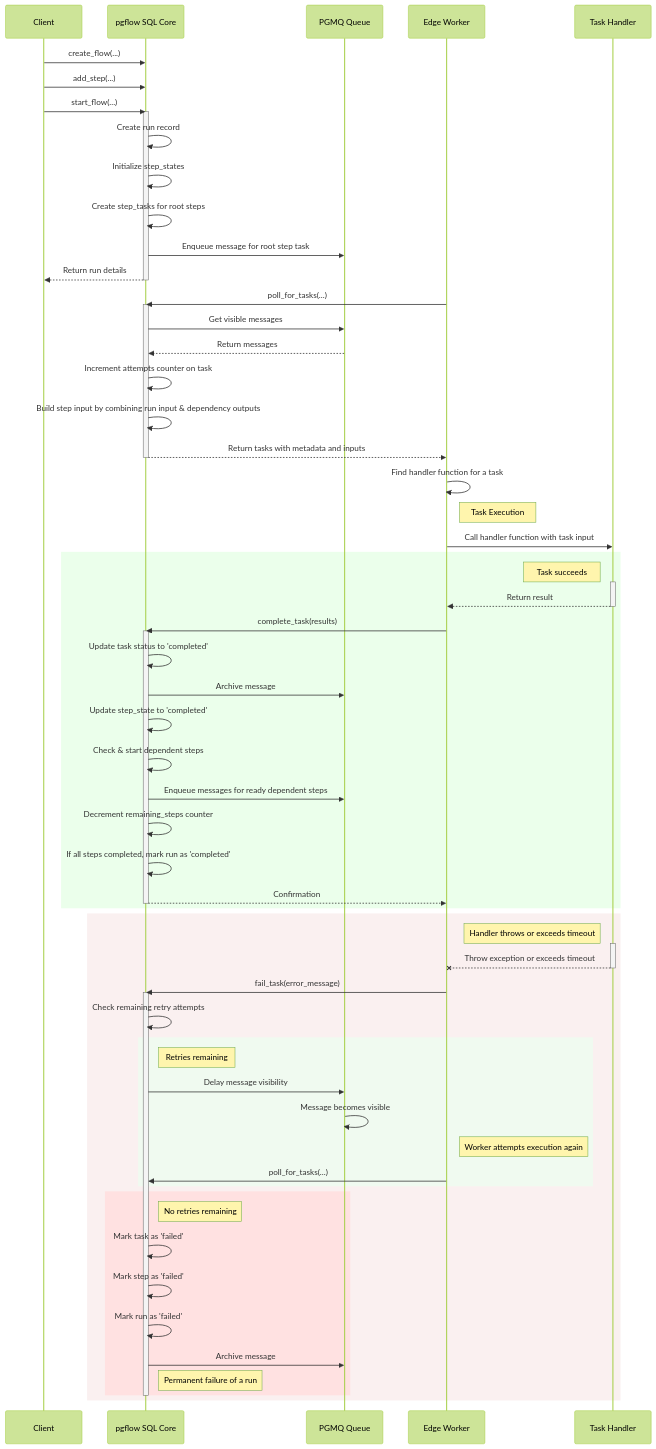
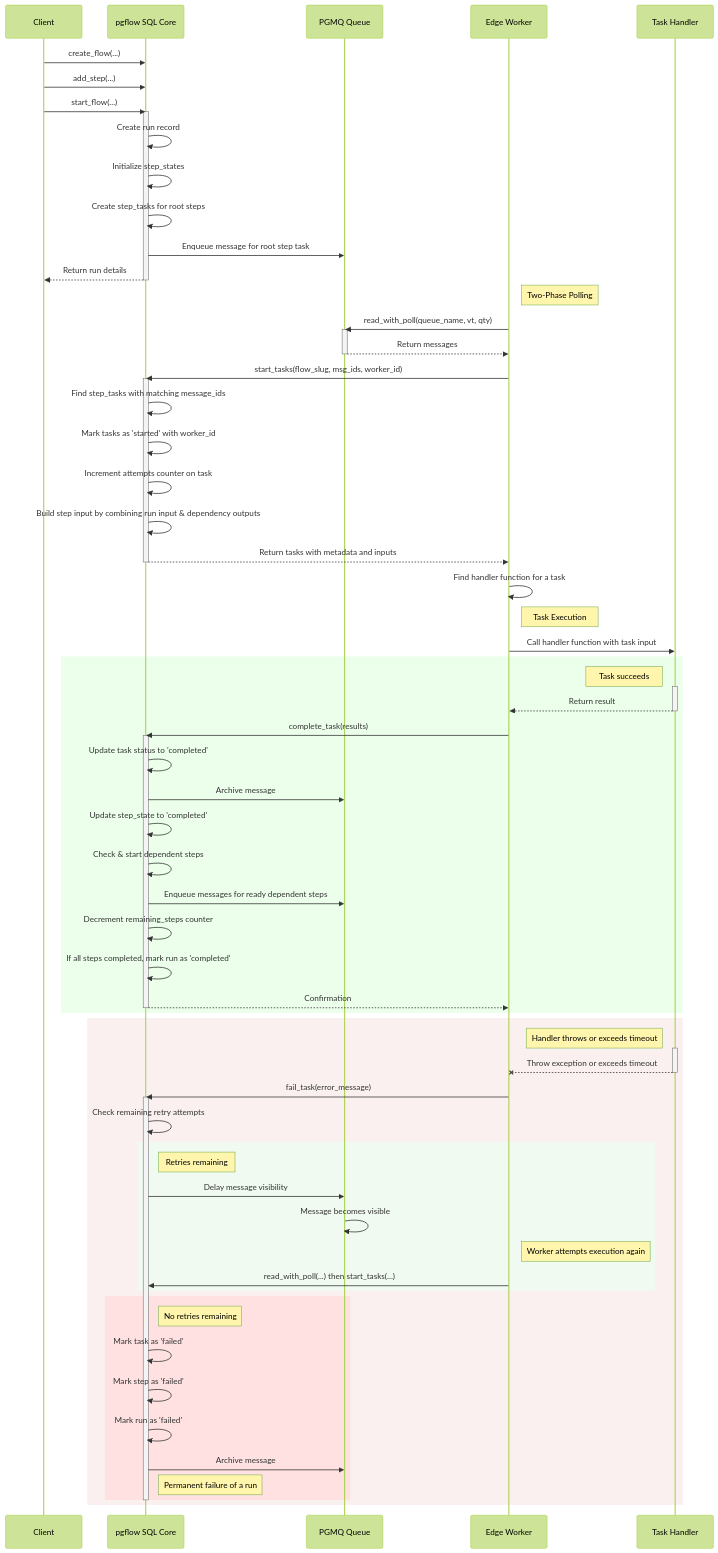
The diagram in pkgs/core/assets/flow-lifecycle.mermaid (pgflow-dev/pgflow), drawn with Mermaid (forest theme) before and after one commit. The commit also changed 10 other files, not shown here.

First line of the commit message:
docs: remove poll_for_tasks from pkgs/core

```diff
--- a/pkgs/core/assets/flow-lifecycle.mermaid
+++ b/pkgs/core/assets/flow-lifecycle.mermaid
@@ -1,83 +1,89 @@
 sequenceDiagram
     participant Client
     participant pgflow as pgflow SQL Core
     participant PGMQ as PGMQ Queue
     participant Worker as Edge Worker
     participant Handler as Task Handler
 
     Client->>pgflow: create_flow(...)
     Client->>pgflow: add_step(...)
     Client->>pgflow: start_flow(...)
 
     activate pgflow
     pgflow->>pgflow: Create run record
     pgflow->>pgflow: Initialize step_states
     pgflow->>pgflow: Create step_tasks for root steps
     pgflow->>PGMQ: Enqueue message for root step task
     pgflow-->>Client: Return run details
     deactivate pgflow
 
-    Worker->>pgflow: poll_for_tasks(...)
-
+    note right of Worker: Two-Phase Polling
+    
+    Worker->>PGMQ: read_with_poll(queue_name, vt, qty)
+    activate PGMQ
+    PGMQ-->>Worker: Return messages
+    deactivate PGMQ
+    
+    Worker->>pgflow: start_tasks(flow_slug, msg_ids, worker_id)
     activate pgflow
-    pgflow->>PGMQ: Get visible messages
-    PGMQ-->>pgflow: Return messages
+    pgflow->>pgflow: Find step_tasks with matching message_ids
+    pgflow->>pgflow: Mark tasks as 'started' with worker_id
     pgflow->>pgflow: Increment attempts counter on task
     pgflow->>pgflow: Build step input by combining run input & dependency outputs
     pgflow-->>Worker: Return tasks with metadata and inputs
     deactivate pgflow
 
     Worker->>Worker: Find handler function for a task
 
     note right of Worker: Task Execution
 
     Worker->>Handler: Call handler function with task input
 
     rect rgb(235, 255, 235)
       note left of Handler: Task succeeds
       activate Handler
       Handler-->>Worker: Return result
       deactivate Handler
 
       Worker->>pgflow: complete_task(results)
 
       activate pgflow
       pgflow->>pgflow: Update task status to 'completed'
       pgflow->>PGMQ: Archive message
       pgflow->>pgflow: Update step_state to 'completed'
       pgflow->>pgflow: Check & start dependent steps
       pgflow->>PGMQ: Enqueue messages for ready dependent steps
       pgflow->>pgflow: Decrement remaining_steps counter
       pgflow->>pgflow: If all steps completed, mark run as 'completed'
       pgflow-->>Worker: Confirmation
       deactivate pgflow
     end
 
     rect rgb(250, 240, 240)
       note left of Handler: Handler throws or exceeds timeout
 
       activate Handler
       Handler--xWorker: Throw exception or exceeds timeout
       deactivate Handler
       Worker->>pgflow: fail_task(error_message)
 
       activate pgflow
       pgflow->>pgflow: Check remaining retry attempts
 
       rect rgb(240, 250, 240)
         note right of pgflow: Retries remaining
         pgflow->>PGMQ: Delay message visibility
         PGMQ->>PGMQ: Message becomes visible
         note right of Worker: Worker attempts execution again
-        Worker->>pgflow: poll_for_tasks(...)
+        Worker->>pgflow: read_with_poll(...) then start_tasks(...)
       end
       rect rgb(255, 225, 225)
         note right of pgflow: No retries remaining
         pgflow->>pgflow: Mark task as 'failed'
         pgflow->>pgflow: Mark step as 'failed'
         pgflow->>pgflow: Mark run as 'failed'
         pgflow->>PGMQ: Archive message
         note right of pgflow: Permanent failure of a run
       end
       deactivate pgflow
     end
```
